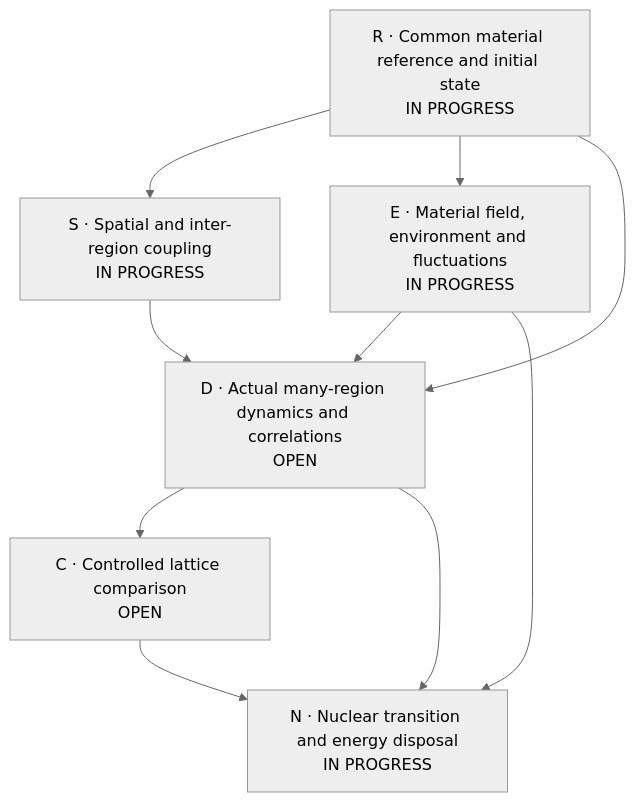
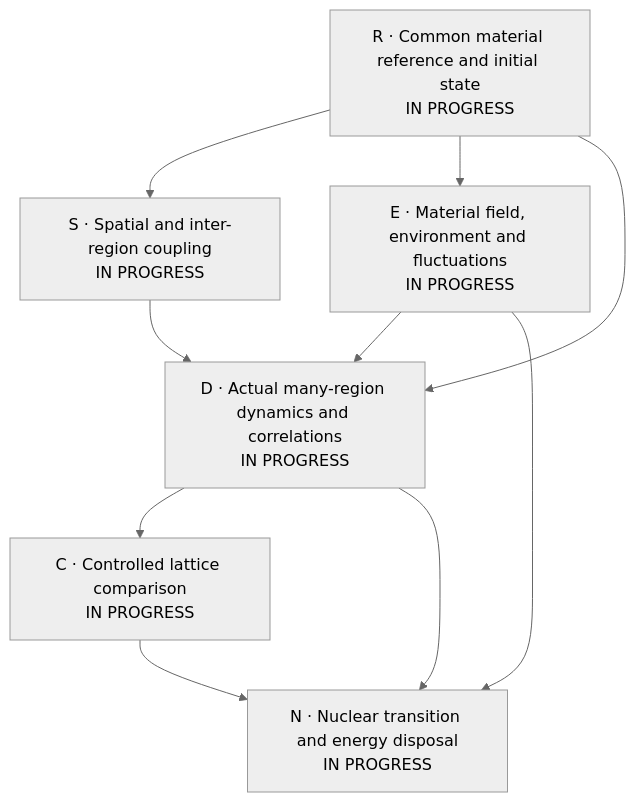
The first of 2 diagrams in proposals/P254-ni-collective-response/SOLUTION.md (giuliano-vantasner/substrate-framework), drawn with Mermaid (neutral theme) before and after one commit. The commit also changed other lines of this file and 551 other files, not shown here.

````diff
--- a/proposals/P254-ni-collective-response/SOLUTION.md
+++ b/proposals/P254-ni-collective-response/SOLUTION.md
@@ -16,18 +16,18 @@
 ```mermaid
 flowchart TD
     R["R · Common material reference and initial state\nIN PROGRESS"]
     S["S · Spatial and inter-region coupling\nIN PROGRESS"]
     E["E · Material field, environment and fluctuations\nIN PROGRESS"]
-    D["D · Actual many-region dynamics and correlations\nOPEN"]
-    C["C · Controlled lattice comparison\nOPEN"]
+    D["D · Actual many-region dynamics and correlations\nIN PROGRESS"]
+    C["C · Controlled lattice comparison\nIN PROGRESS"]
     N["N · Nuclear transition and energy disposal\nIN PROGRESS"]
     R --> S
     R --> E
     R --> D
     S --> D
     E --> D
     D --> C
     E --> N
     D --> N
     C --> N
 ```
````
